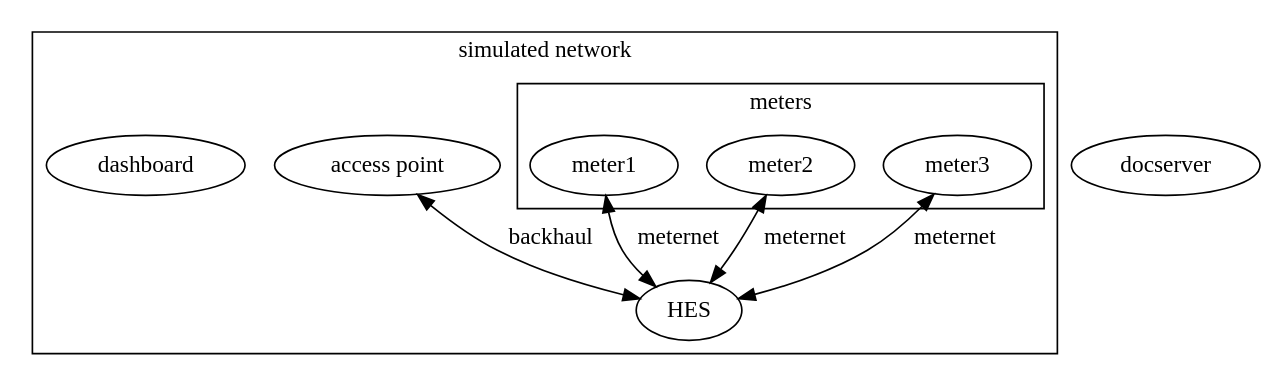
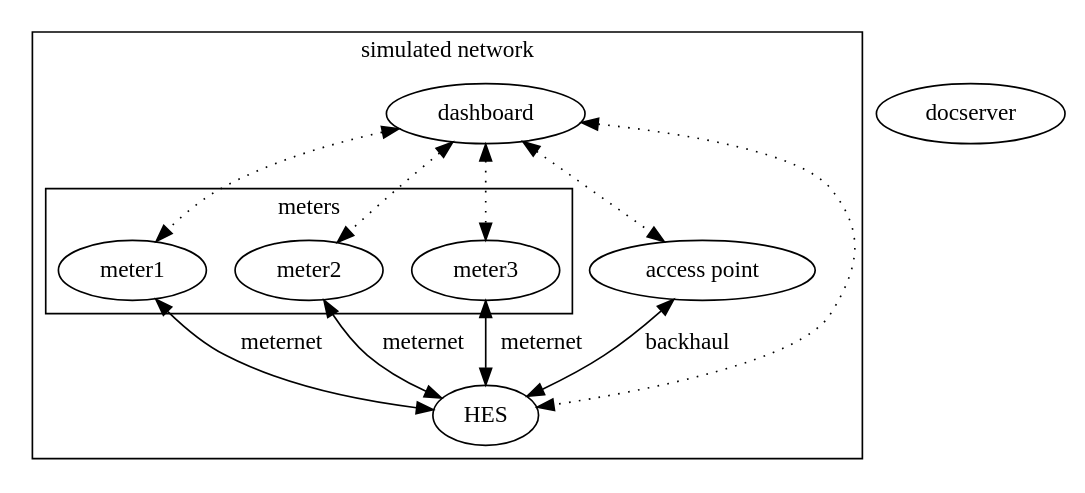
The diagram in src/doc/blocks.dot (epri-dev/dlms-access-point), drawn with Graphviz before and after one commit. The commit also changed 1 other file, not shown here.

Commit message:
Improve documentation of dashboard and docserver.

```diff
--- a/src/doc/blocks.dot
+++ b/src/doc/blocks.dot
@@ -1,21 +1,26 @@
 graph blocks {
     edge [dir="both"];
     subgraph cluster_all {
         label = "simulated network";
         subgraph cluster_meters {
             label = "meters";
             {rank=same meter1 meter2 meter3}
             meter1;
             meter2;
             meter3;
         }
         AP [label="access point"];
         HES;
         dashboard;
     }
     docserver;
     meter1 -- HES [label="meternet"];
     meter2 -- HES [label="meternet"];
     meter3 -- HES [label="meternet"];
     AP -- HES [label="backhaul"];
+    dashboard -- HES [style="dotted"];
+    dashboard -- AP [style="dotted"];
+    dashboard -- meter1 [style="dotted"];
+    dashboard -- meter2 [style="dotted"];
+    dashboard -- meter3 [style="dotted"];
 }
```
